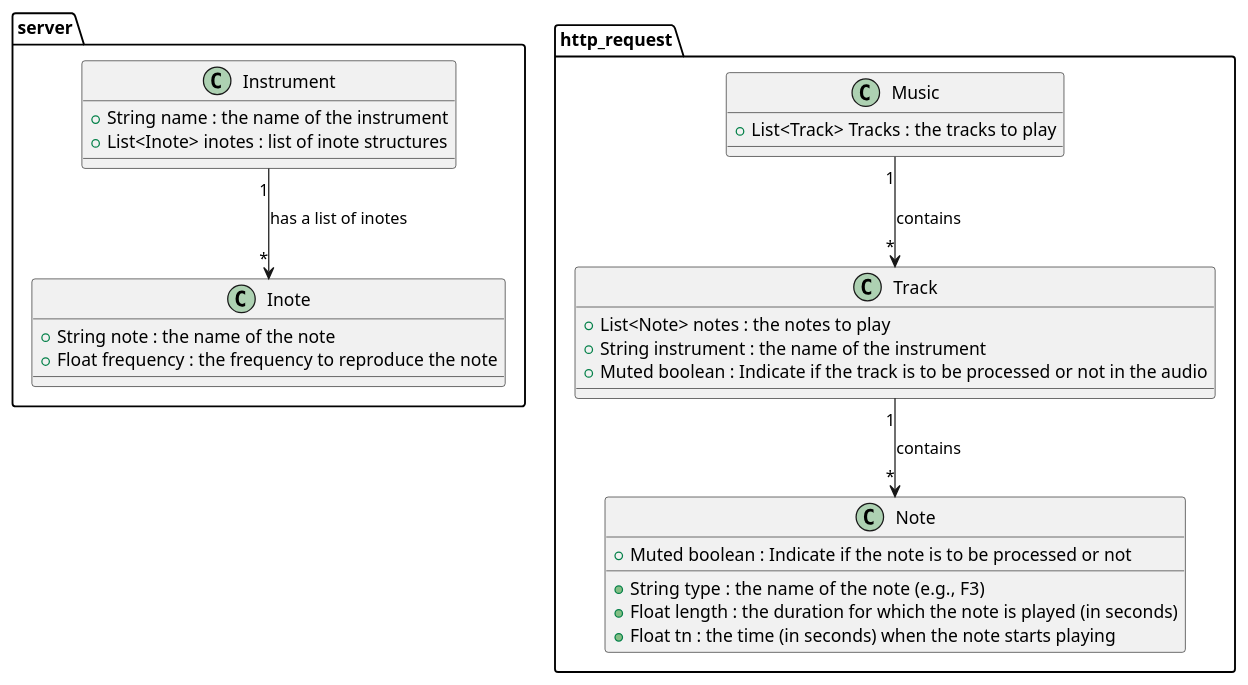
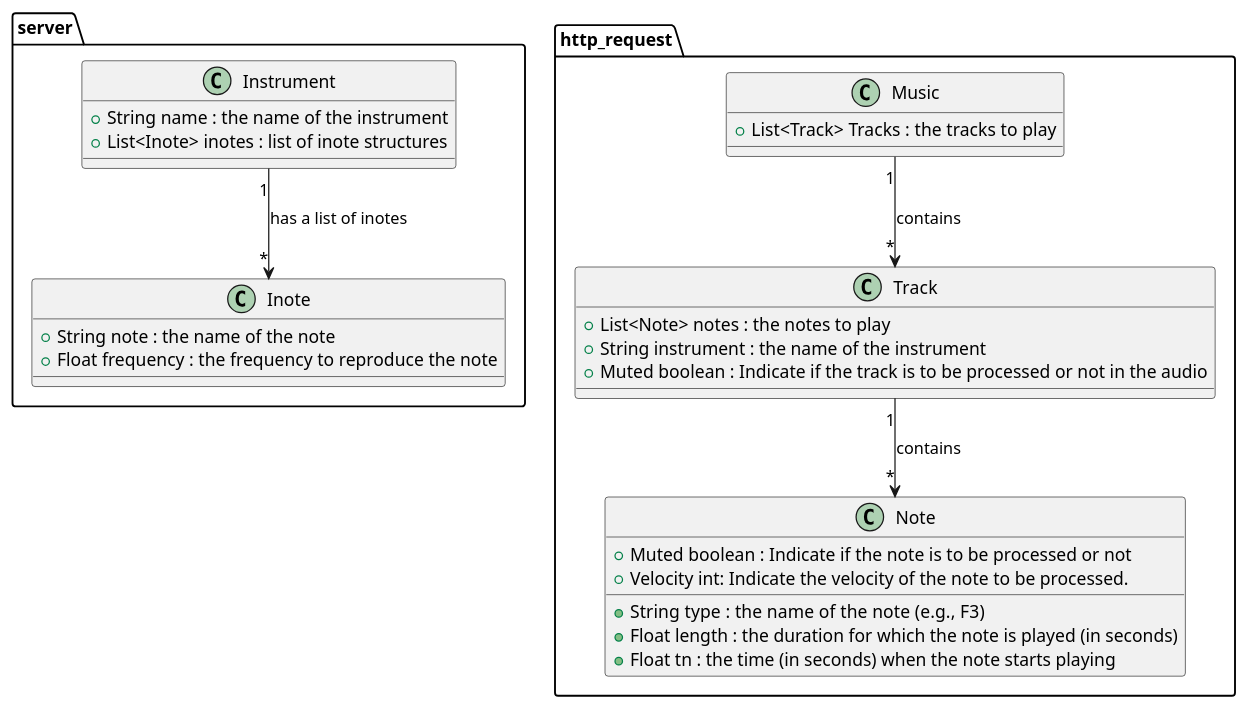
Before and after one commit to desktop-pets-family/pet_bit_melody: the diagram in planning/music_protocol/protocol.puml, drawn with PlantUML. The commit also changed 4 other files, not shown here.

Commit message:
[UPDATE] the 8 bit architecture so that it could be put in the generic generator

```diff
--- a/planning/music_protocol/protocol.puml
+++ b/planning/music_protocol/protocol.puml
@@ -1,37 +1,38 @@
 @startuml melody protocol
 
 namespace server {
   class Instrument {
     +String name : the name of the instrument
     +List<Inote> inotes : list of inote structures
   }
 
   class Inote {
     +String note : the name of the note
     +Float frequency : the frequency to reproduce the note
   }
   Instrument "1" --> "*" Inote : has a list of inotes
 }
 
 namespace http_request {
   class Note {
     +String type  : the name of the note (e.g., F3)
     +Float length : the duration for which the note is played (in seconds)
     +Float tn : the time (in seconds) when the note starts playing
     +Muted boolean : Indicate if the note is to be processed or not
+    +Velocity int: Indicate the velocity of the note to be processed.
   }
   class Track {
     +List<Note> notes : the notes to play
     +String instrument : the name of the instrument
     +Muted boolean : Indicate if the track is to be processed or not in the audio
   }
 
   class Music {
     +List<Track> Tracks : the tracks to play
   }
   Track "1" --> "*" Note : contains
   Music "1" --> "*" Track : contains
   ' example response: [{"instrument":"Piano", "muted":False,"notes":[{"type":F3, "length":0.2, "tn":0, "muted":False}, etc]}]
 }
 
 @enduml
```
